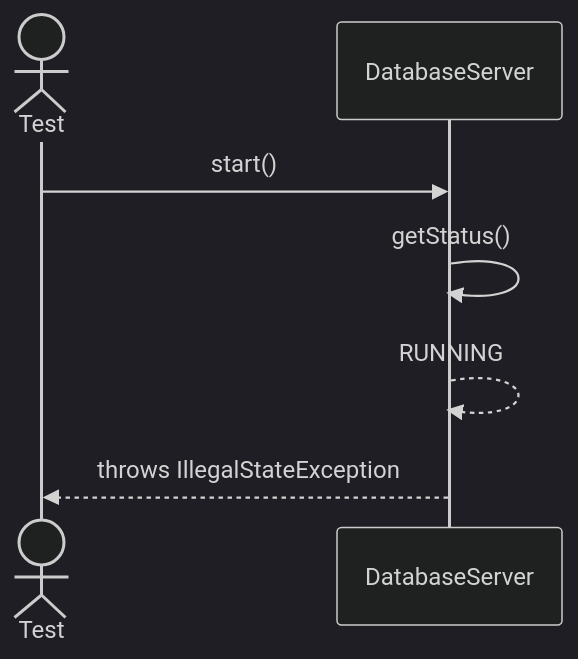
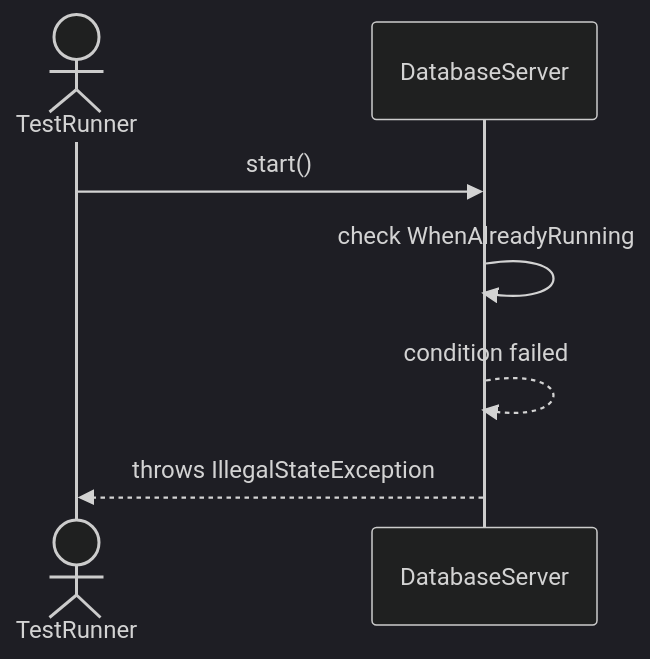
One commit to TamBui1706/DBMS changed the second of 10 diagrams in Sequences/Core/DatabaseServer.md. Above: the diagram before and after it, drawn with Mermaid (dark theme). The commit also changed other lines of this file and 63 other files, not shown here.

Commit message:
Draw sequence diagram for unit tests

````diff
--- a/Sequences/Core/DatabaseServer.md
+++ b/Sequences/Core/DatabaseServer.md
@@ -37,10 +33,9 @@
 ```mermaid
 sequenceDiagram
-    actor Test
+    actor TestRunner
     participant DatabaseServer
-
-    Test->>DatabaseServer: start()
-    DatabaseServer->>DatabaseServer: getStatus()
-    DatabaseServer-->>DatabaseServer: RUNNING
-    DatabaseServer-->>Test: throws IllegalStateException
+    TestRunner->>DatabaseServer: start()
+    DatabaseServer->>DatabaseServer: check WhenAlreadyRunning
+    DatabaseServer-->>DatabaseServer: condition failed
+    DatabaseServer-->>TestRunner: throws IllegalStateException
 ```
````
